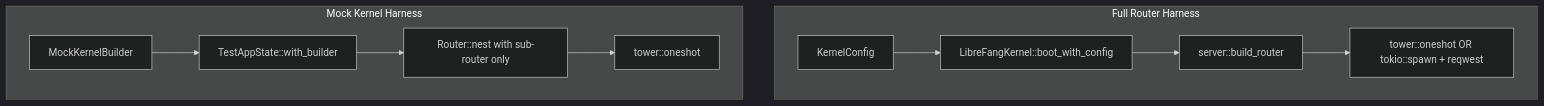
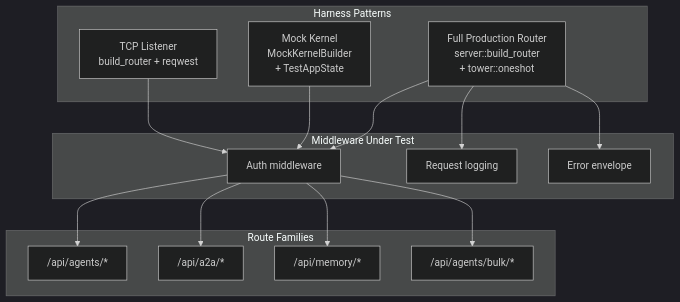
The diagram in other-librefang-api-tests.md (leszek3737/librefang-WIki), drawn with Mermaid (dark theme) before and after one commit. The commit also changed other lines of this file and 126 other files, not shown here.

````diff
--- a/other-librefang-api-tests.md
+++ b/other-librefang-api-tests.md
@@ -28,13 +9,31 @@
 ```mermaid
 graph TD
-    subgraph "Full Router Harness"
-        A[KernelConfig] --> B[LibreFangKernel::boot_with_config]
-        B --> C[server::build_router]
-        C --> D["tower::oneshot OR tokio::spawn + reqwest"]
+    subgraph "Harness Patterns"
+        FP["Full Production Router<br/>server::build_router<br/>+ tower::oneshot"]
+        MK["Mock Kernel<br/>MockKernelBuilder<br/>+ TestAppState"]
+        TCP["TCP Listener<br/>build_router + reqwest"]
     end
-    subgraph "Mock Kernel Harness"
-        E[MockKernelBuilder] --> F[TestAppState::with_builder]
-        F --> G["Router::nest with sub-router only"]
-        G --> H["tower::oneshot"]
+
+    subgraph "Middleware Under Test"
+        AUTH["Auth middleware"]
+        LOG["Request logging"]
+        ERR["Error envelope"]
     end
+
+    subgraph "Route Families"
+        AGENTS["/api/agents/*"]
+        A2A["/api/a2a/*"]
+        MEMORY["/api/memory/*"]
+        BULK["/api/agents/bulk/*"]
+    end
+
+    FP --> AUTH
+    FP --> LOG
+    FP --> ERR
+    MK --> AUTH
+    TCP --> AUTH
+    AUTH --> AGENTS
+    AUTH --> A2A
+    AUTH --> MEMORY
+    AUTH --> BULK
 ```
````
